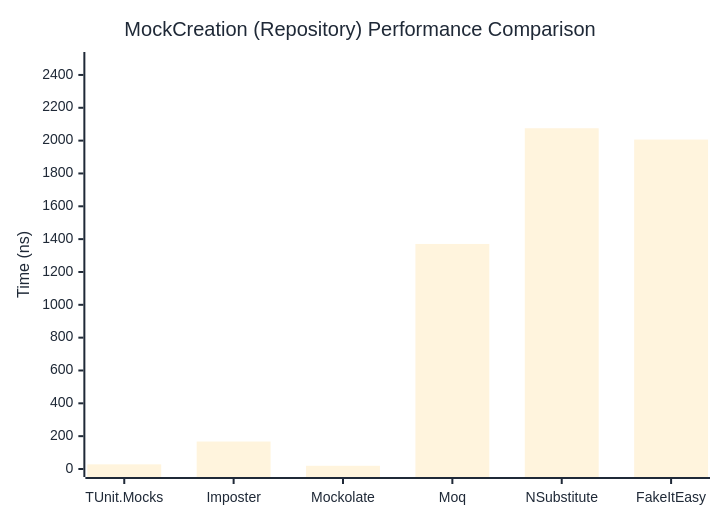
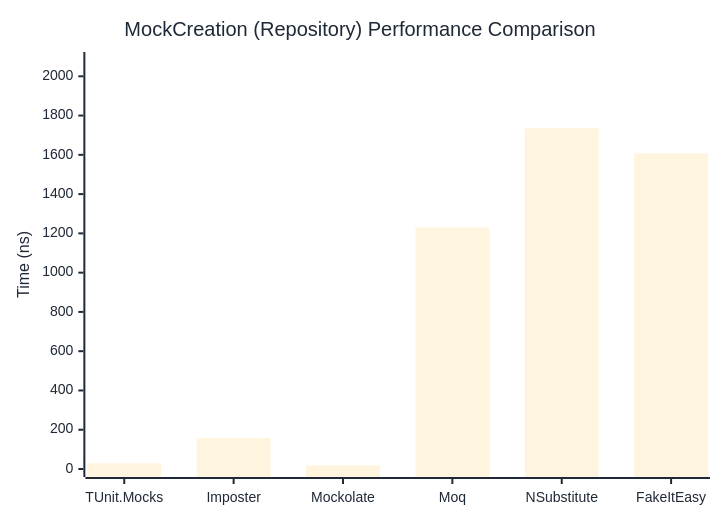
Before and after one commit to thomhurst/TUnit: the second of 2 diagrams in docs/docs/benchmarks/mocks/MockCreation.md, drawn with Mermaid. The commit also changed other lines of this file and 14 other files, not shown here.

````diff
--- a/docs/docs/benchmarks/mocks/MockCreation.md
+++ b/docs/docs/benchmarks/mocks/MockCreation.md
@@ -71,27 +71,27 @@
 ```mermaid
 %%{init: {
   'theme':'base',
   'themeVariables': {
     'primaryColor': '#2563eb',
     'primaryTextColor': '#1f2937',
     'primaryBorderColor': '#1e40af',
     'lineColor': '#6b7280',
     'secondaryColor': '#7c3aed',
     'tertiaryColor': '#dc2626',
     'background': '#ffffff',
     'pie1': '#2563eb',
     'pie2': '#7c3aed',
     'pie3': '#dc2626',
     'pie4': '#f59e0b',
     'pie5': '#10b981',
     'pie6': '#06b6d4',
     'pie7': '#ec4899',
     'pie8': '#6366f1'
   }
 }}%%
 xychart-beta
   title "MockCreation (Repository) Performance Comparison"
   x-axis ["TUnit.Mocks", "Imposter", "Mockolate", "Moq", "NSubstitute", "FakeItEasy"]
-  y-axis "Time (ns)" 0 --> 2491
-  bar [28.36, 167.33, 19.59, 1370.53, 2075.34, 2006.4]
+  y-axis "Time (ns)" 0 --> 2083
+  bar [29.47, 157.65, 18.12, 1229.9, 1735.69, 1607]
 ```
````
